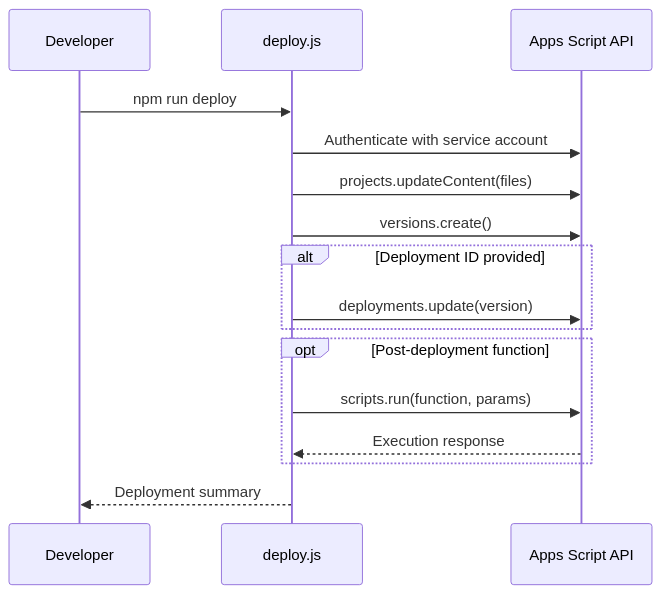
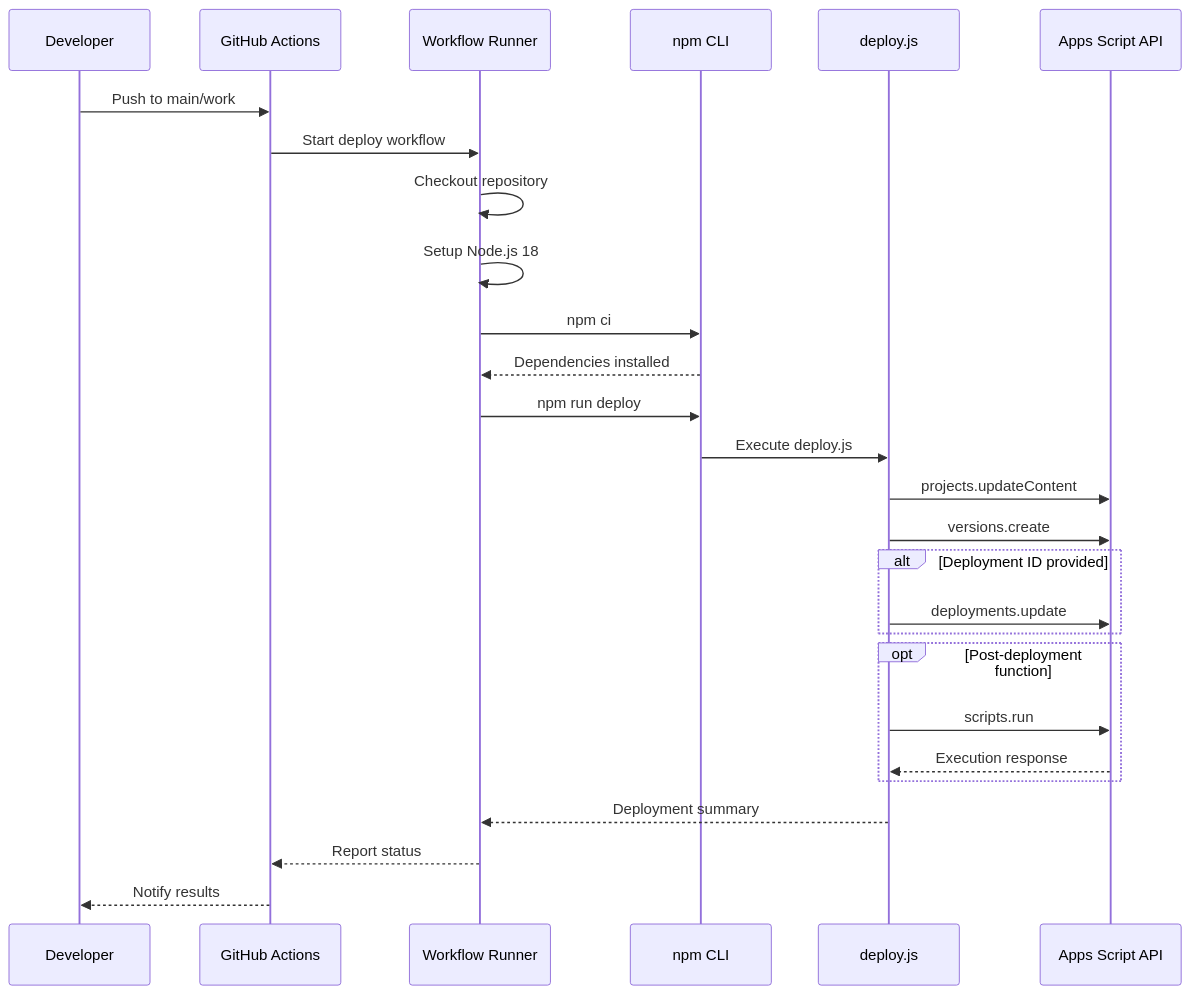
One commit to muyueh/GAS changed the third of 5 diagrams in README.md. Above: the diagram before and after it, drawn with Mermaid. The commit also changed other lines of this file and 1 other file, not shown here.

Commit message:
Add GitHub Actions deploy workflow

````diff
--- a/README.md
+++ b/README.md
@@ -23,18 +38,30 @@
 ```mermaid
 sequenceDiagram
     participant Dev as Developer
-    participant CLI as deploy.js
+    participant GH as GitHub Actions
+    participant Runner as Workflow Runner
+    participant NPM as npm CLI
+    participant Deploy as deploy.js
     participant GAS as Apps Script API
-    Dev->>CLI: npm run deploy
-    CLI->>GAS: Authenticate with service account
-    CLI->>GAS: projects.updateContent(files)
-    CLI->>GAS: versions.create()
+
+    Dev->>GH: Push to main/work
+    GH->>Runner: Start deploy workflow
+    Runner->>Runner: Checkout repository
+    Runner->>Runner: Setup Node.js 18
+    Runner->>NPM: npm ci
+    NPM-->>Runner: Dependencies installed
+    Runner->>NPM: npm run deploy
+    NPM->>Deploy: Execute deploy.js
+    Deploy->>GAS: projects.updateContent
+    Deploy->>GAS: versions.create
     alt Deployment ID provided
-        CLI->>GAS: deployments.update(version)
+        Deploy->>GAS: deployments.update
     end
     opt Post-deployment function
-        CLI->>GAS: scripts.run(function, params)
-        GAS-->>CLI: Execution response
+        Deploy->>GAS: scripts.run
+        GAS-->>Deploy: Execution response
     end
-    CLI-->>Dev: Deployment summary
+    Deploy-->>Runner: Deployment summary
+    Runner-->>GH: Report status
+    GH-->>Dev: Notify results
 ```
````
